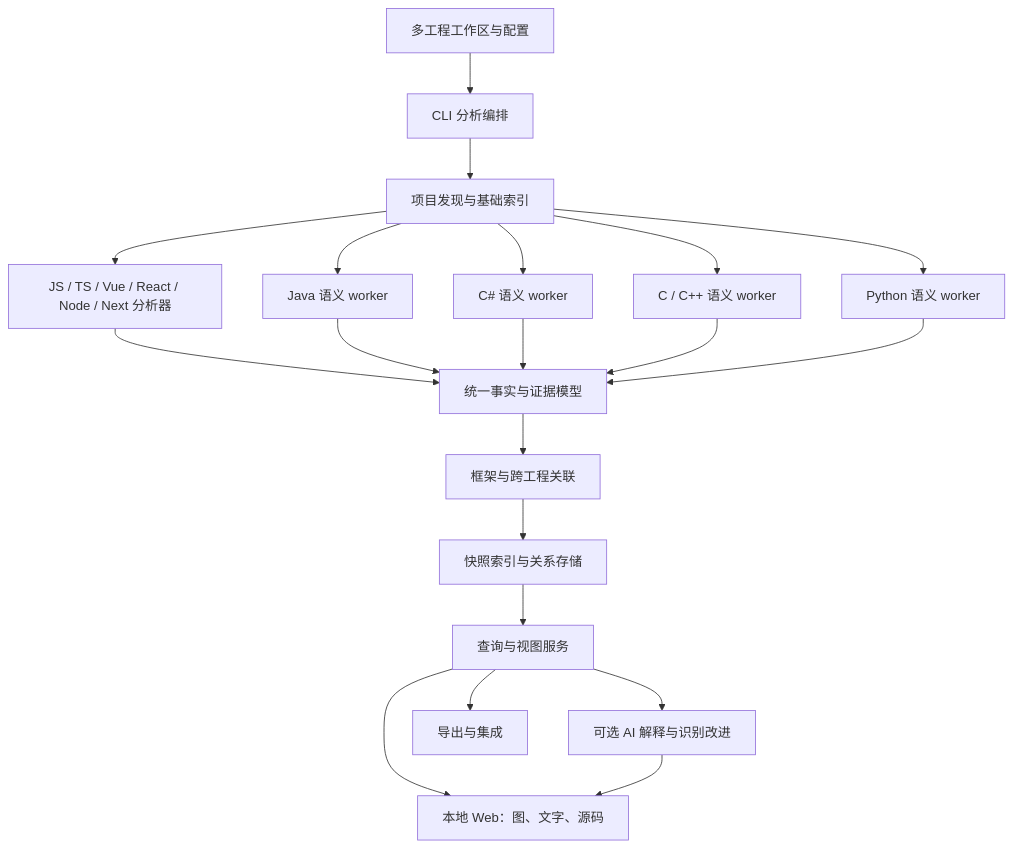
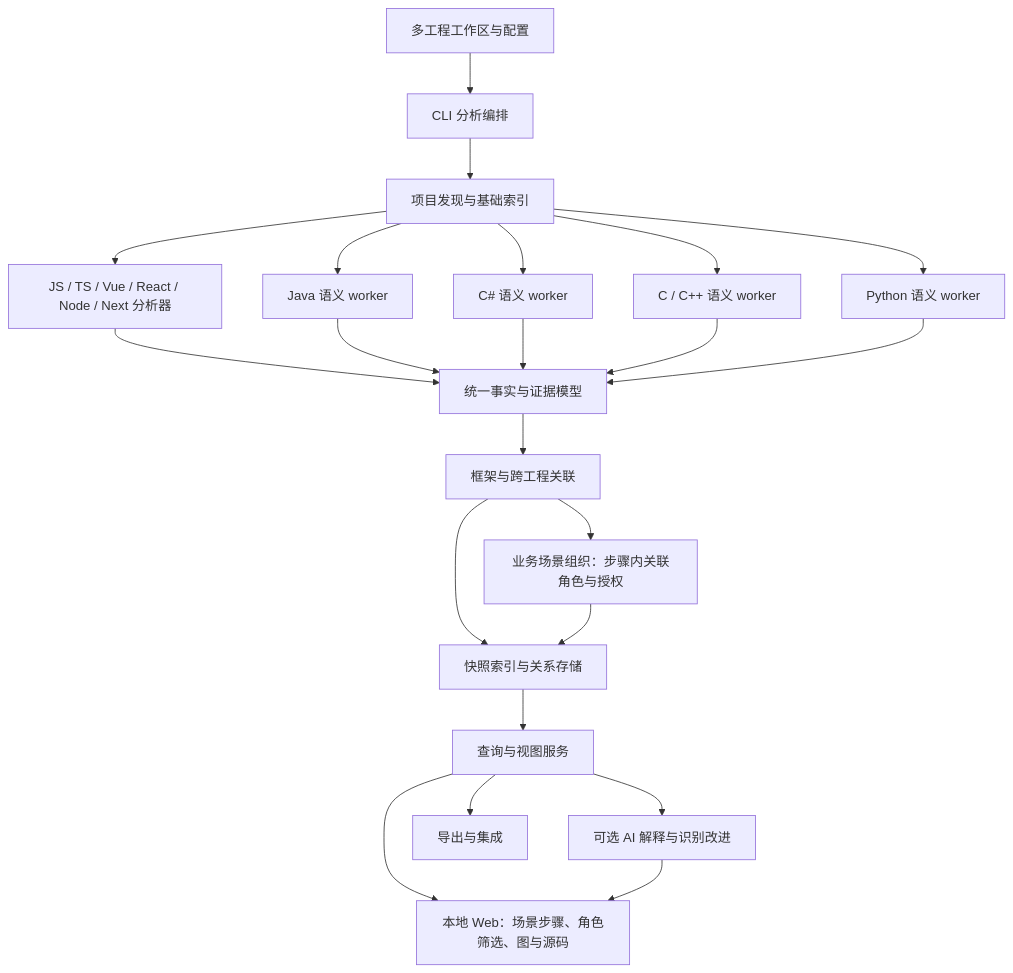
The first of 3 diagrams in docs/CodeCartia-设计方案.md (xjq11029/CodeCartia), drawn with Mermaid before and after one commit. The commit also changed other lines of this file and 38 other files, not shown here.

````diff
--- a/docs/CodeCartia-设计方案.md
+++ b/docs/CodeCartia-设计方案.md
@@ -99,22 +127,24 @@
 ```mermaid
 flowchart TD
   W["多工程工作区与配置"] --> O["CLI 分析编排"]
   O --> I["项目发现与基础索引"]
   I --> T["JS / TS / Vue / React / Node / Next 分析器"]
   I --> J["Java 语义 worker"]
   I --> R["C# 语义 worker"]
   I --> C["C / C++ 语义 worker"]
   I --> P["Python 语义 worker"]
   T --> F["统一事实与证据模型"]
   J --> F
   R --> F
   C --> F
   P --> F
   F --> A["框架与跨工程关联"]
   A --> G["快照索引与关系存储"]
+  A --> B["业务场景组织：步骤内关联角色与授权"]
+  B --> G
   G --> Q["查询与视图服务"]
-  Q --> U["本地 Web：图、文字、源码"]
+  Q --> U["本地 Web：场景步骤、角色筛选、图与源码"]
   Q --> E["可选 AI 解释与识别改进"]
   E --> U
   Q --> X["导出与集成"]
 ```
````
